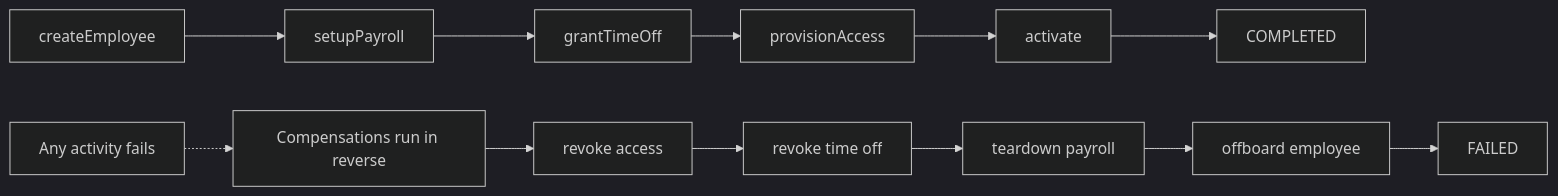
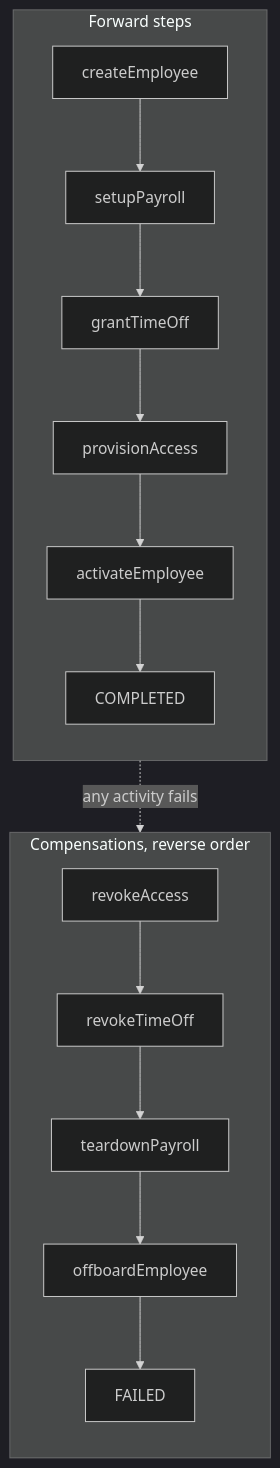
One commit to Connectum-Framework/docs changed the first of 2 diagrams in en/guide/service-communication/choosing-a-mechanism.md. Above: the diagram before and after it, drawn with Mermaid (dark theme). The commit also changed other lines of this file and 6 other files, not shown here.

First line of the commit message:
docs(diagrams): make wide diagrams readable in the documentation column

````diff
--- a/en/guide/service-communication/choosing-a-mechanism.md
+++ b/en/guide/service-communication/choosing-a-mechanism.md
@@ -133,15 +133,24 @@
 ```mermaid
-flowchart LR
-    Employee[createEmployee] --> Payroll[setupPayroll]
-    Payroll --> TimeOff[grantTimeOff]
-    TimeOff --> Access[provisionAccess]
-    Access --> Activate[activate]
-    Activate --> Complete[COMPLETED]
+flowchart TD
+    subgraph Forward["Forward steps"]
+        direction TB
+        Employee[createEmployee] --> Payroll[setupPayroll]
+        Payroll --> TimeOff[grantTimeOff]
+        TimeOff --> Access[provisionAccess]
+        Access --> Activate[activateEmployee]
+        Activate --> Complete[COMPLETED]
+    end
 
-    Failure[Any activity fails] -.-> Reverse[Compensations run in reverse]
-    Reverse --> Revoke[revoke access]
-    Revoke --> RevokeTimeOff[revoke time off]
-    RevokeTimeOff --> Teardown[teardown payroll]
-    Teardown --> Offboard[offboard employee]
-    Offboard --> Failed[FAILED]
+    subgraph Unwind["Compensations, reverse order"]
+        direction TB
+        Revoke[revokeAccess] --> RevokeTimeOff[revokeTimeOff]
+        RevokeTimeOff --> Teardown[teardownPayroll]
+        Teardown --> Offboard[offboardEmployee]
+        Offboard --> Failed[FAILED]
+    end
+
+    Forward -.->|"any activity fails"| Unwind
+
+    class Complete positive
+    class Failed critical
 ```
````
